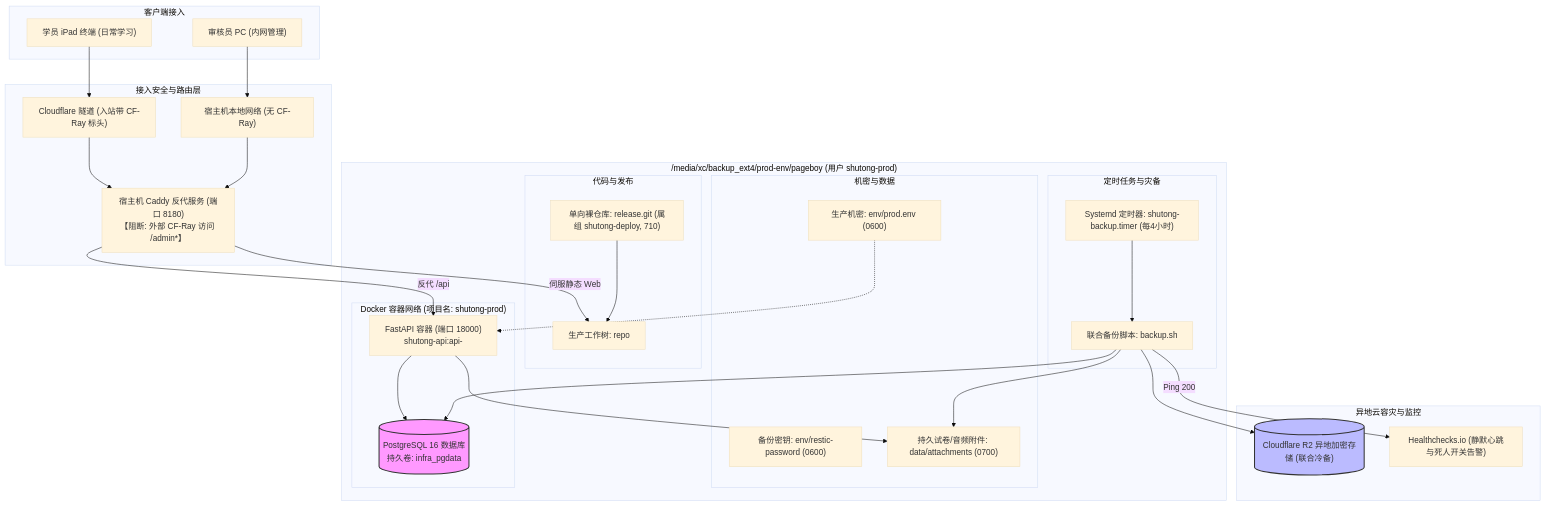
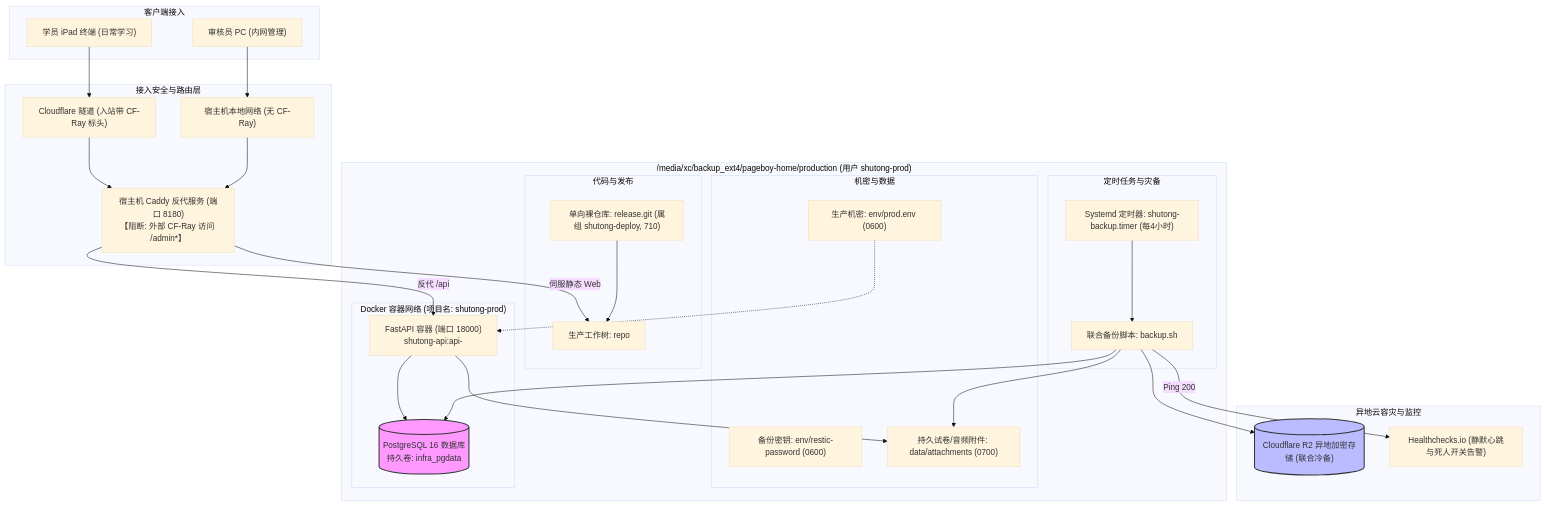
The first of 2 diagrams in docs/operations/production-environment.md (xman900719/pageboy), drawn with Mermaid (base theme) before and after one commit. The commit also changed other lines of this file and 32 other files, not shown here.

Commit message:
feat(infra,api): 搭建 pageboy-home 开发与生产强隔离根目录

````diff
--- a/docs/operations/production-environment.md
+++ b/docs/operations/production-environment.md
@@ -16,58 +16,58 @@
 ```mermaid
 flowchart TB
     subgraph 客户端接入 ["客户端接入"]
         IPAD["学员 iPad 终端 (日常学习)"]
         ADMIN_PC["审核员 PC (内网管理)"]
     end
 
     subgraph 接入安全与路由层 ["接入安全与路由层"]
         TUNNEL["Cloudflare 隧道 (入站带 CF-Ray 标头)"]
         LOCAL_NET["宿主机本地网络 (无 CF-Ray)"]
         CADDY["宿主机 Caddy 反代服务 (端口 8180)\n【阻断: 外部 CF-Ray 访问 /admin*】"]
     end
 
-    subgraph 生产环境隔离根目录 ["/media/xc/backup_ext4/prod-env/pageboy (用户 shutong-prod)"]
+    subgraph 生产环境隔离根目录 ["/media/xc/backup_ext4/pageboy-home/production (用户 shutong-prod)"]
         subgraph 代码与发布 ["代码与发布"]
             RELEASE_GIT["单向裸仓库: release.git (属组 shutong-deploy, 710)"]
             PROD_REPO["生产工作树: repo"]
         end
 
         subgraph 机密与数据 ["机密与数据"]
             PROD_ENV["生产机密: env/prod.env (0600)"]
             RESTIC_PWD["备份密钥: env/restic-password (0600)"]
             ATTACHMENTS["持久试卷/音频附件: data/attachments (0700)"]
         end
 
         subgraph Docker 容器网络 ["Docker 容器网络 (项目名: shutong-prod)"]
             API_CONT["FastAPI 容器 (端口 18000)\nshutong-api:api-<git短SHA>"]
             PG_CONT[("PostgreSQL 16 数据库\n持久卷: infra_pgdata")]:::db
         end
 
         subgraph 定时任务与灾备 ["定时任务与灾备"]
             BACKUP_TIMER["Systemd 定时器: shutong-backup.timer (每4小时)"]
             BACKUP_SCRIPT["联合备份脚本: backup.sh"]
         end
     end
 
     subgraph 异地云容灾与监控 ["异地云容灾与监控"]
         R2_CLOUD[("Cloudflare R2 异地加密存储 (联合冷备)")]:::cloud
         HC_IO["Healthchecks.io (静默心跳与死人开关告警)"]
     end
 
     IPAD --> TUNNEL --> CADDY
     ADMIN_PC --> LOCAL_NET --> CADDY
     CADDY -->|伺服静态 Web| PROD_REPO
     CADDY -->|反代 /api| API_CONT
     API_CONT --> PG_CONT
     API_CONT --> ATTACHMENTS
     PROD_ENV -.-> API_CONT
     RELEASE_GIT --> PROD_REPO
 
     BACKUP_TIMER --> BACKUP_SCRIPT
     BACKUP_SCRIPT --> PG_CONT & ATTACHMENTS
     BACKUP_SCRIPT --> R2_CLOUD
     BACKUP_SCRIPT -->|Ping 200| HC_IO
 
     classDef db fill:#f9f,stroke:#333,stroke-width:2px;
     classDef cloud fill:#bbf,stroke:#333,stroke-width:2px;
 ```
````
